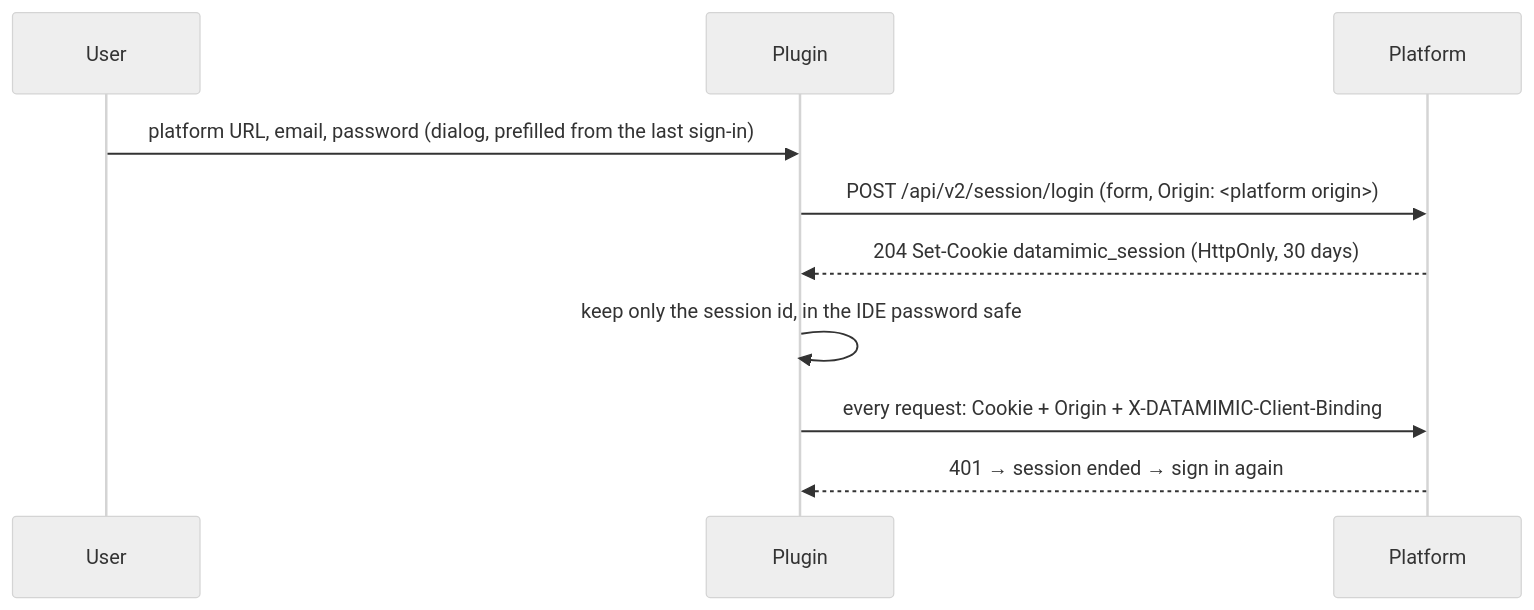
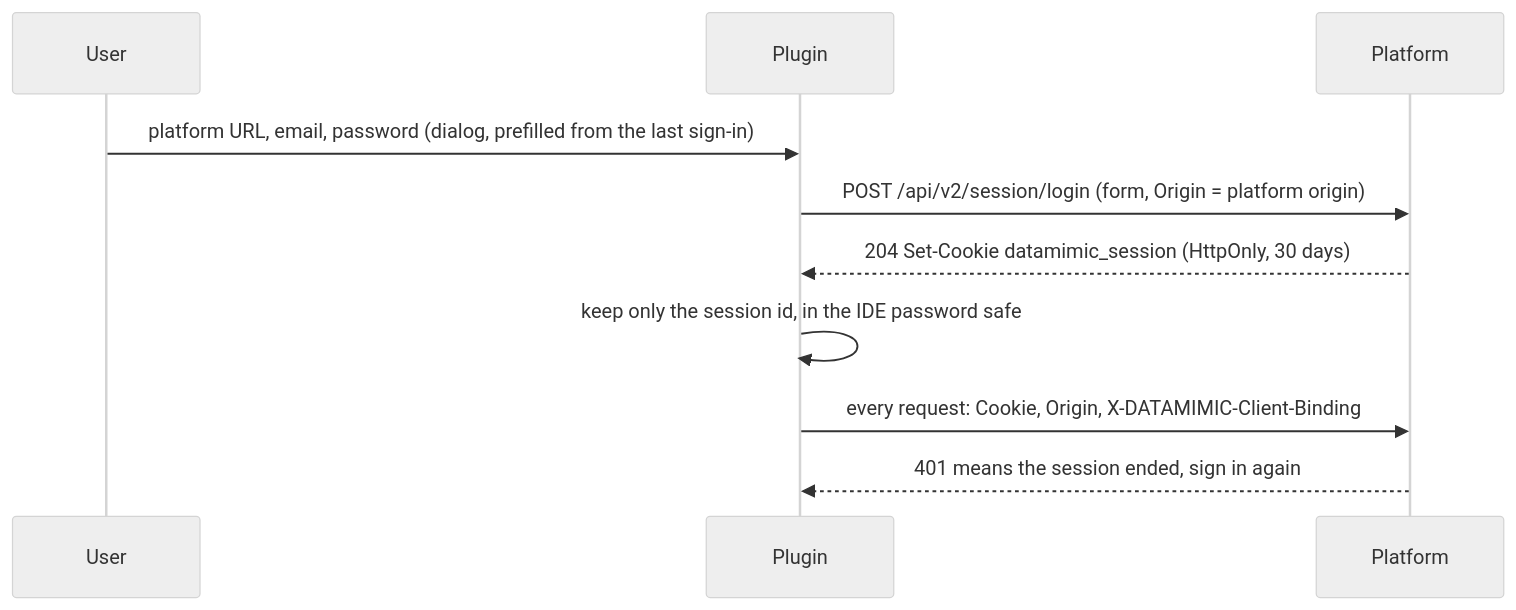
One commit to rapiddweller/datamimic-jetbrains changed the diagram in docs/adr/0001-platform-session-auth.md. Above: the diagram before and after it, drawn with Mermaid (neutral theme). The commit also changed 3 other files, not shown here.

First line of the commit message:
Quote Mermaid labels so diagrams render in every viewer

````diff
--- a/docs/adr/0001-platform-session-auth.md
+++ b/docs/adr/0001-platform-session-auth.md
@@ -23,12 +23,12 @@
 ```mermaid
 sequenceDiagram
   participant U as User
   participant P as Plugin
   participant S as Platform
   U->>P: platform URL, email, password (dialog, prefilled from the last sign-in)
-  P->>S: POST /api/v2/session/login (form, Origin: <platform origin>)
+  P->>S: POST /api/v2/session/login (form, Origin = platform origin)
   S-->>P: 204 Set-Cookie datamimic_session (HttpOnly, 30 days)
   P->>P: keep only the session id, in the IDE password safe
-  P->>S: every request: Cookie + Origin + X-DATAMIMIC-Client-Binding
-  S-->>P: 401 → session ended → sign in again
+  P->>S: every request: Cookie, Origin, X-DATAMIMIC-Client-Binding
+  S-->>P: 401 means the session ended, sign in again
 ```
````
